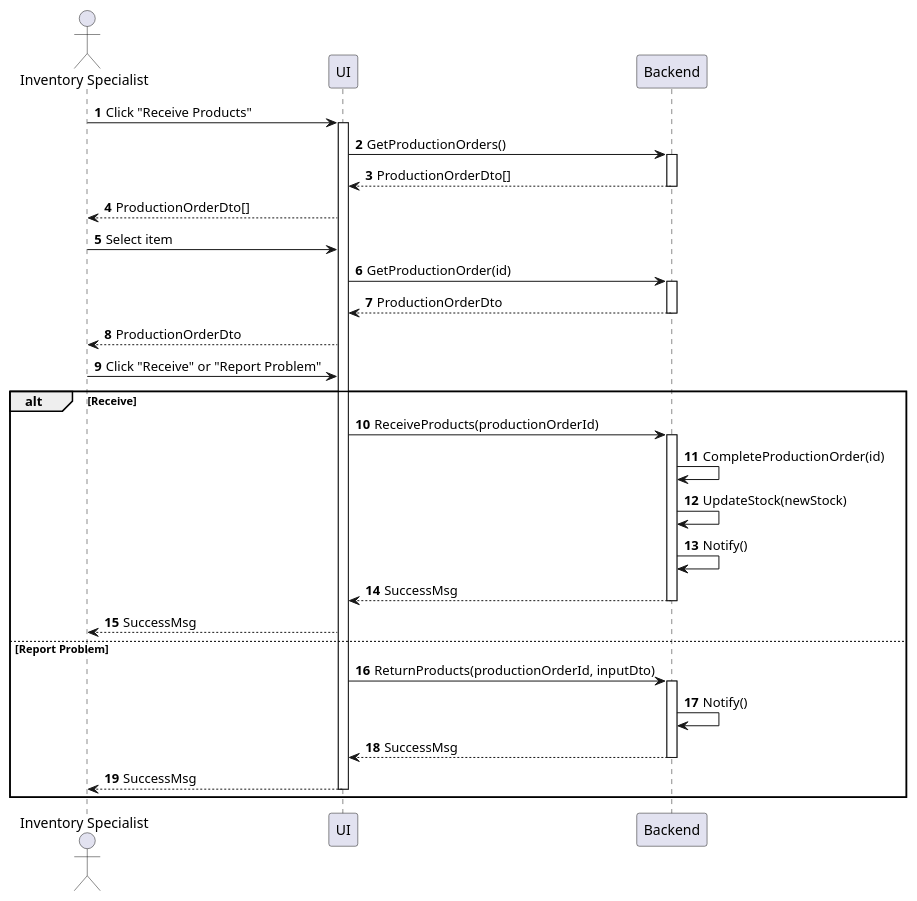
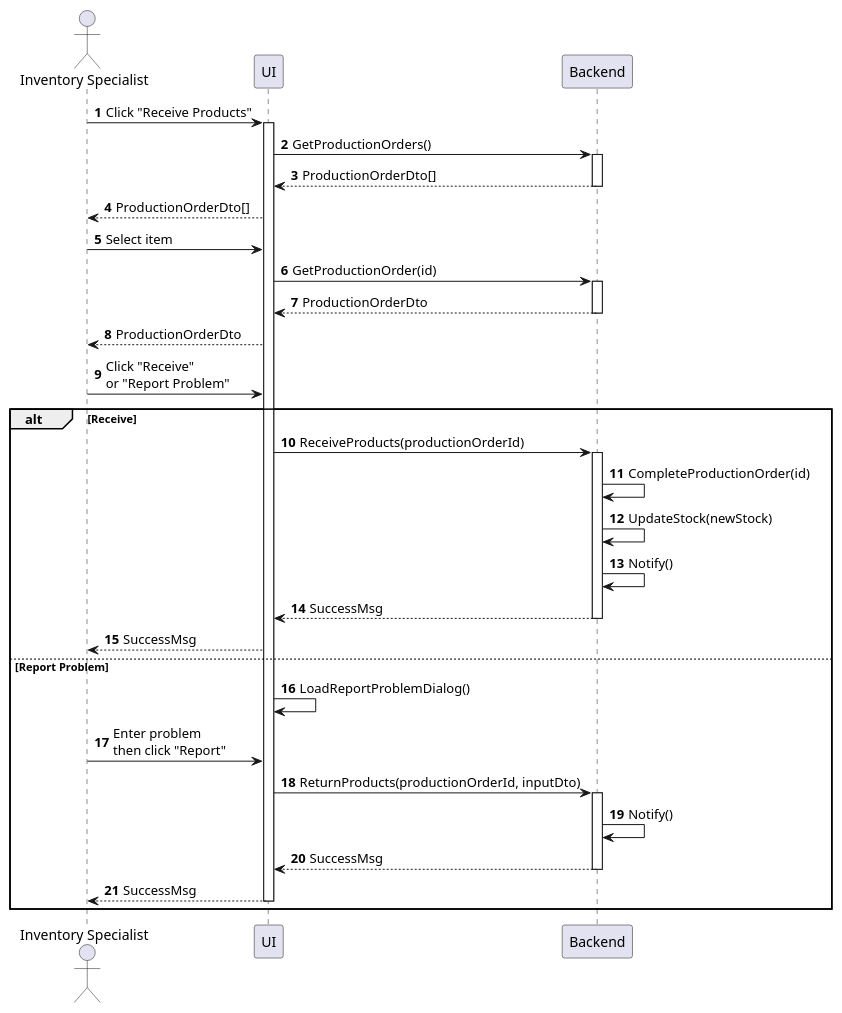
The diagram in sequences/inventory-product-receive.plantuml (phihungha/scmss-reqs), drawn with PlantUML before and after one commit. The commit also changed 7 other files, not shown here.

```diff
--- a/sequences/inventory-product-receive.plantuml
+++ b/sequences/inventory-product-receive.plantuml
@@ -1,37 +1,39 @@
 @startuml inventory-product-receive
 autonumber
 
 actor "Inventory Specialist" as a
 participant UI as f
 participant Backend as b
 
 a -> f : Click "Receive Products"
 activate f
 f -> b : GetProductionOrders()
 activate b
 return ProductionOrderDto[]
 f --> a : ProductionOrderDto[]
 a -> f : Select item
 f -> b : GetProductionOrder(id)
 activate b
 return ProductionOrderDto
 f --> a : ProductionOrderDto
-a -> f : Click "Receive" or "Report Problem"
+a -> f : Click "Receive"\nor "Report Problem"
 
 alt Receive
     f -> b : ReceiveProducts(productionOrderId)
     activate b
     b -> b : CompleteProductionOrder(id)
     b -> b : UpdateStock(newStock)
     b -> b : Notify()
     return SuccessMsg
     f --> a : SuccessMsg
 else Report Problem
+    f -> f : LoadReportProblemDialog()
+    a -> f : Enter problem\nthen click "Report"
     f -> b : ReturnProducts(productionOrderId, inputDto)
     activate b
     b -> b : Notify()
     return SuccessMsg
     f --> a : SuccessMsg
     deactivate f
 end
 @enduml
```
